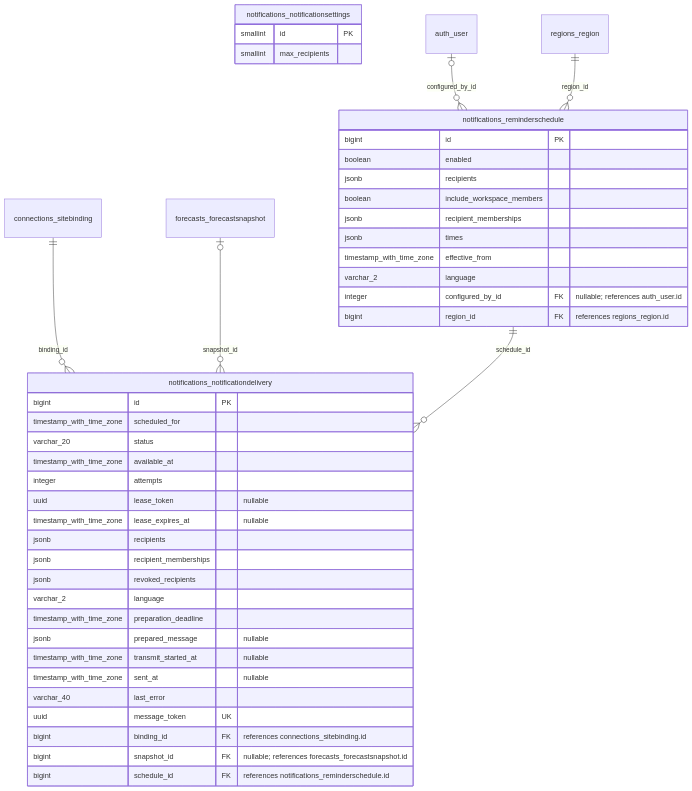
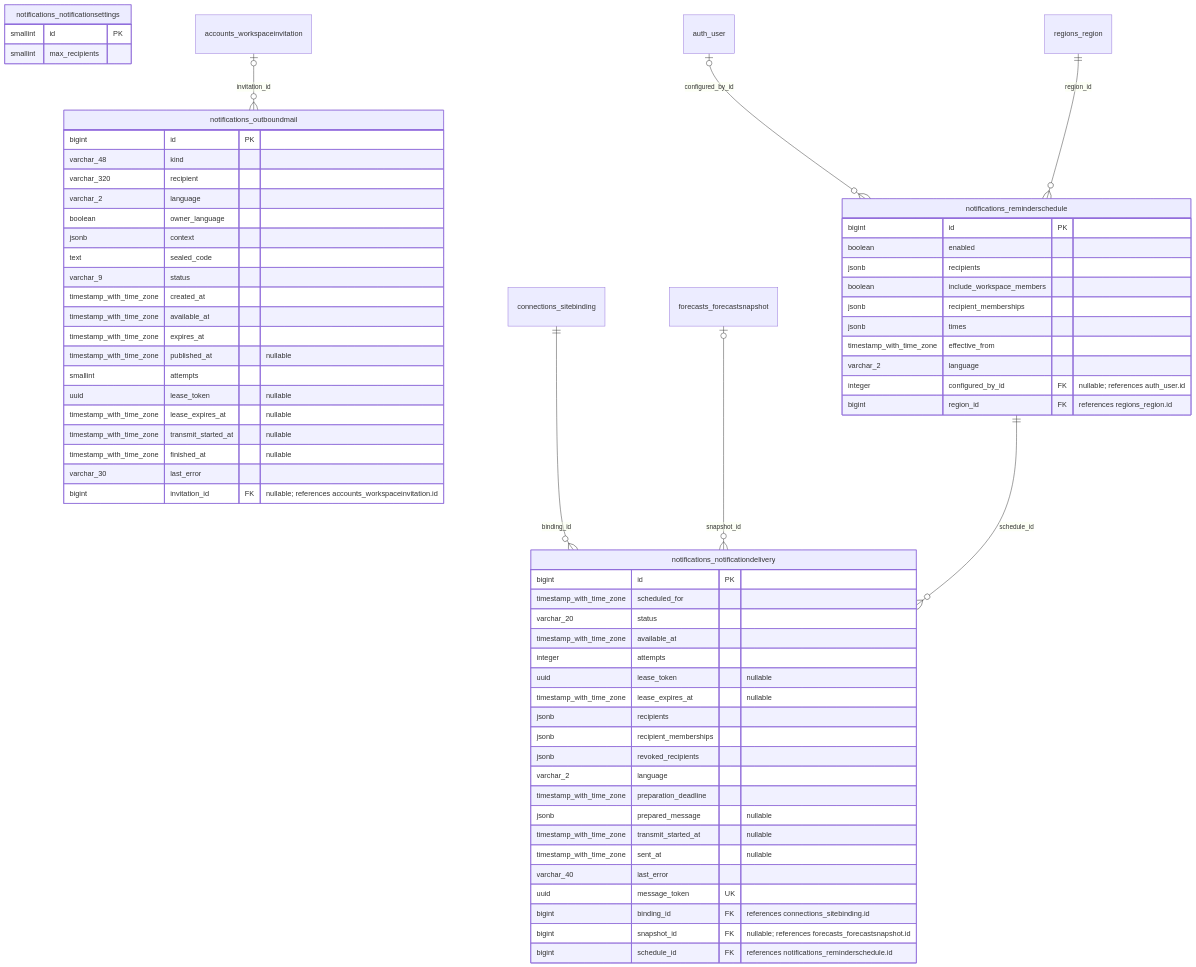
The eighth of 18 diagrams in docs/DATA_MODEL.md (erkurtharun/pyracast), drawn with Mermaid before and after one commit. The commit also changed other lines of this file and 125 other files, not shown here.

````diff
--- a/docs/DATA_MODEL.md
+++ b/docs/DATA_MODEL.md
@@ -907,46 +913,68 @@
 ```mermaid
 erDiagram
     notifications_notificationdelivery {
         bigint id PK
         timestamp_with_time_zone scheduled_for
         varchar_20 status
         timestamp_with_time_zone available_at
         integer attempts
         uuid lease_token "nullable"
         timestamp_with_time_zone lease_expires_at "nullable"
         jsonb recipients
         jsonb recipient_memberships
         jsonb revoked_recipients
         varchar_2 language
         timestamp_with_time_zone preparation_deadline
         jsonb prepared_message "nullable"
         timestamp_with_time_zone transmit_started_at "nullable"
         timestamp_with_time_zone sent_at "nullable"
         varchar_40 last_error
         uuid message_token UK
         bigint binding_id FK "references connections_sitebinding.id"
         bigint snapshot_id FK "nullable; references forecasts_forecastsnapshot.id"
         bigint schedule_id FK "references notifications_reminderschedule.id"
     }
     notifications_notificationsettings {
         smallint id PK
         smallint max_recipients
     }
+    notifications_outboundmail {
+        bigint id PK
+        varchar_48 kind
+        varchar_320 recipient
+        varchar_2 language
+        boolean owner_language
+        jsonb context
+        text sealed_code
+        varchar_9 status
+        timestamp_with_time_zone created_at
+        timestamp_with_time_zone available_at
+        timestamp_with_time_zone expires_at
+        timestamp_with_time_zone published_at "nullable"
+        smallint attempts
+        uuid lease_token "nullable"
+        timestamp_with_time_zone lease_expires_at "nullable"
+        timestamp_with_time_zone transmit_started_at "nullable"
+        timestamp_with_time_zone finished_at "nullable"
+        varchar_30 last_error
+        bigint invitation_id FK "nullable; references accounts_workspaceinvitation.id"
+    }
     notifications_reminderschedule {
         bigint id PK
         boolean enabled
         jsonb recipients
         boolean include_workspace_members
         jsonb recipient_memberships
         jsonb times
         timestamp_with_time_zone effective_from
         varchar_2 language
         integer configured_by_id FK "nullable; references auth_user.id"
         bigint region_id FK "references regions_region.id"
     }
     connections_sitebinding ||--o{ notifications_notificationdelivery : "binding_id"
     forecasts_forecastsnapshot |o--o{ notifications_notificationdelivery : "snapshot_id"
     notifications_reminderschedule ||--o{ notifications_notificationdelivery : "schedule_id"
+    accounts_workspaceinvitation |o--o{ notifications_outboundmail : "invitation_id"
     auth_user |o--o{ notifications_reminderschedule : "configured_by_id"
     regions_region ||--o{ notifications_reminderschedule : "region_id"
 ```
````
